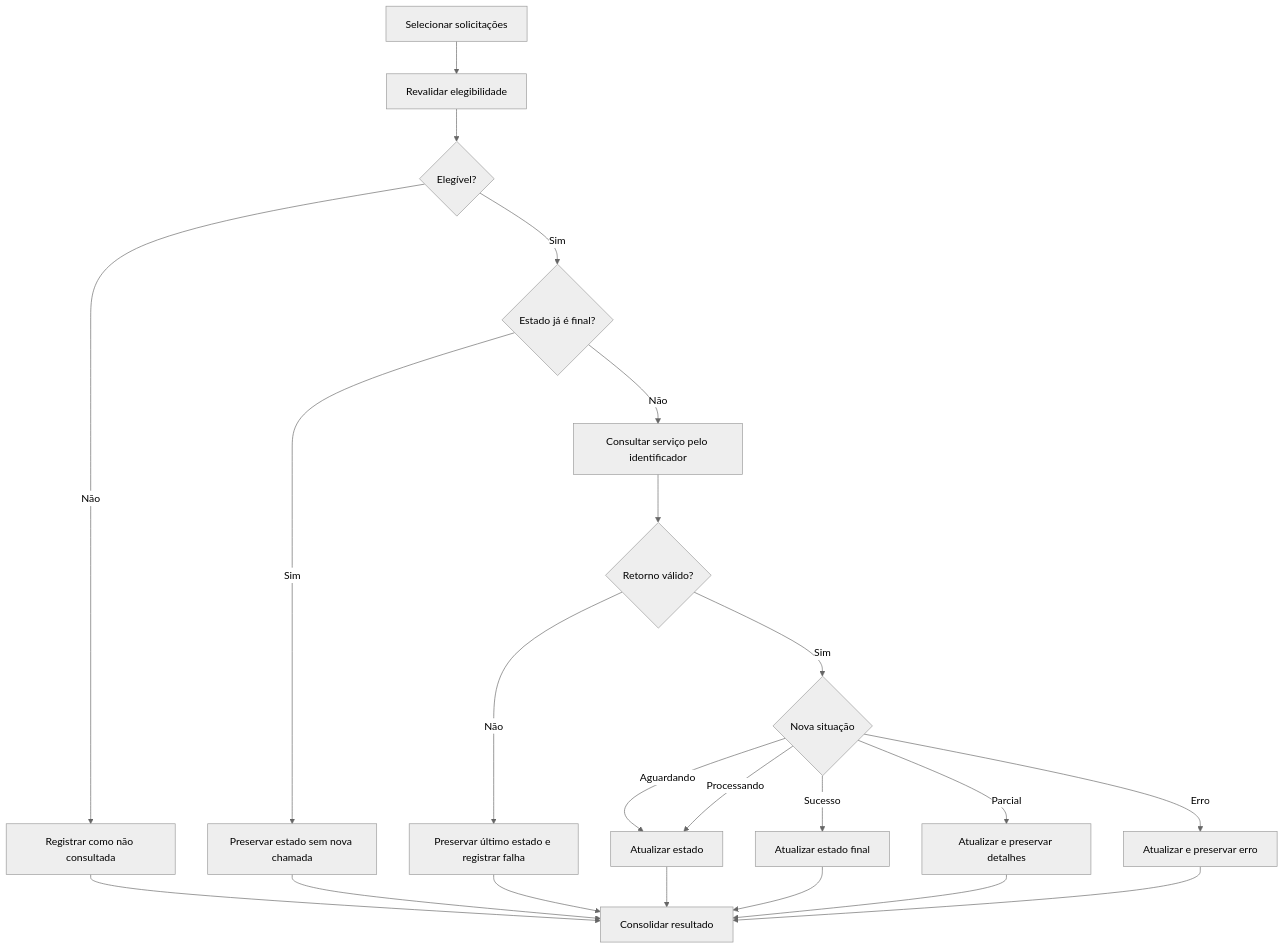
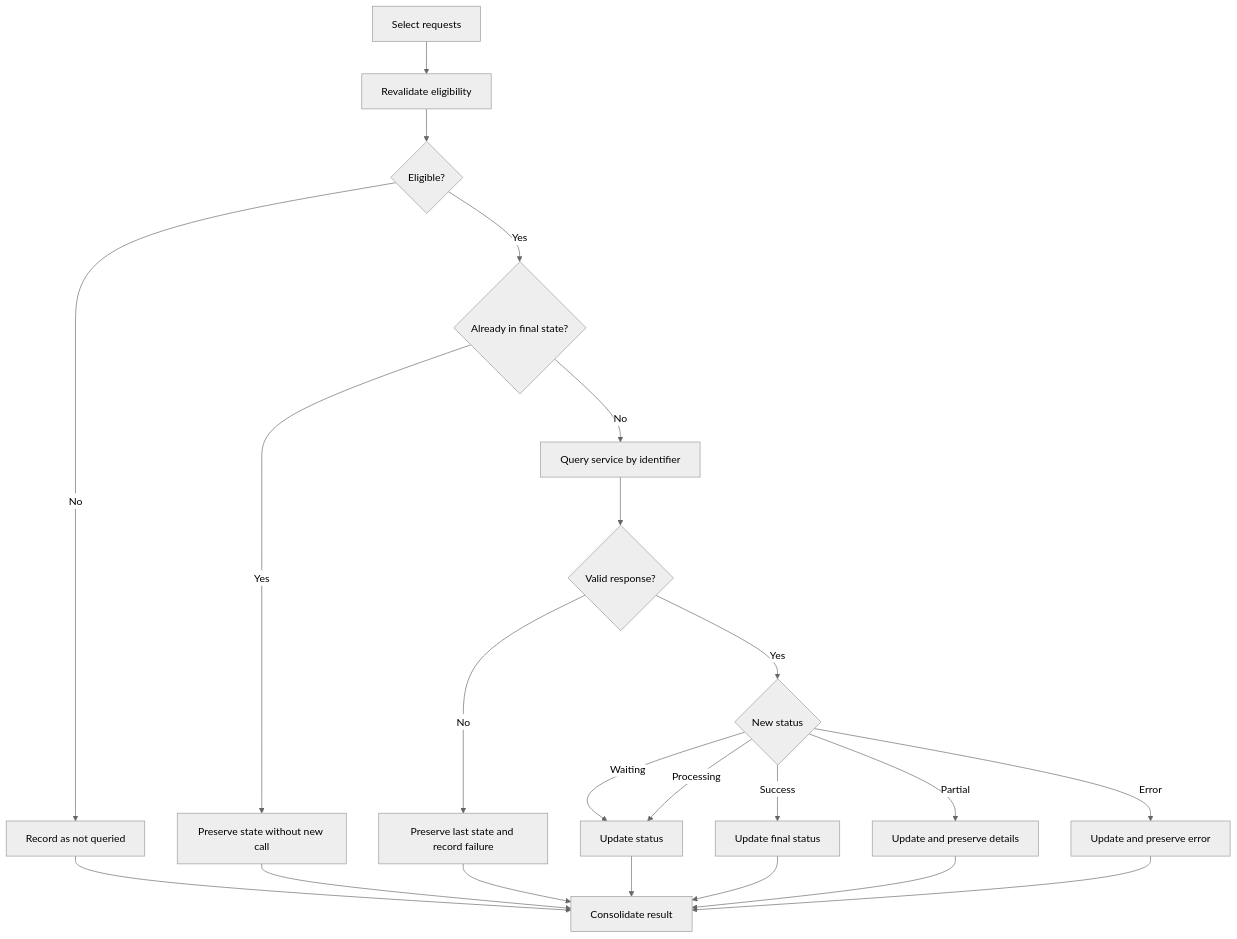
One commit to thassioiaccino/professional-case-studies changed the diagram in Professional-Case-Studies/Requirements-Engineering/asynchronous-processing-status/README.md. Above: the diagram before and after it, drawn with Mermaid (neutral theme). The commit also changed other lines of this file, not shown here.

Commit message:
docs: add English version of asynchronous processing case study

````diff
--- a/Professional-Case-Studies/Requirements-Engineering/asynchronous-processing-status/README.md
+++ b/Professional-Case-Studies/Requirements-Engineering/asynchronous-processing-status/README.md
@@ -65,24 +65,24 @@
 ```mermaid
 flowchart TD
-    A[Selecionar solicitações] --> B[Revalidar elegibilidade]
-    B --> C{Elegível?}
-    C -- Não --> D[Registrar como não consultada]
-    C -- Sim --> E{Estado já é final?}
-    E -- Sim --> F[Preservar estado sem nova chamada]
-    E -- Não --> G[Consultar serviço pelo identificador]
-    G --> H{Retorno válido?}
-    H -- Não --> I[Preservar último estado e registrar falha]
-    H -- Sim --> J{Nova situação}
-    J -- Aguardando --> K[Atualizar estado]
-    J -- Processando --> K
-    J -- Sucesso --> L[Atualizar estado final]
-    J -- Parcial --> M[Atualizar e preservar detalhes]
-    J -- Erro --> N[Atualizar e preservar erro]
-    D --> O[Consolidar resultado]
+    A[Select requests] --> B[Revalidate eligibility]
+    B --> C{Eligible?}
+    C -- No --> D[Record as not queried]
+    C -- Yes --> E{Already in final state?}
+    E -- Yes --> F[Preserve state without new call]
+    E -- No --> G[Query service by identifier]
+    G --> H{Valid response?}
+    H -- No --> I[Preserve last state and record failure]
+    H -- Yes --> J{New status}
+    J -- Waiting --> K[Update status]
+    J -- Processing --> K
+    J -- Success --> L[Update final status]
+    J -- Partial --> M[Update and preserve details]
+    J -- Error --> N[Update and preserve error]
+    D --> O[Consolidate result]
     F --> O
     I --> O
     K --> O
     L --> O
     M --> O
     N --> O
 ```
````
